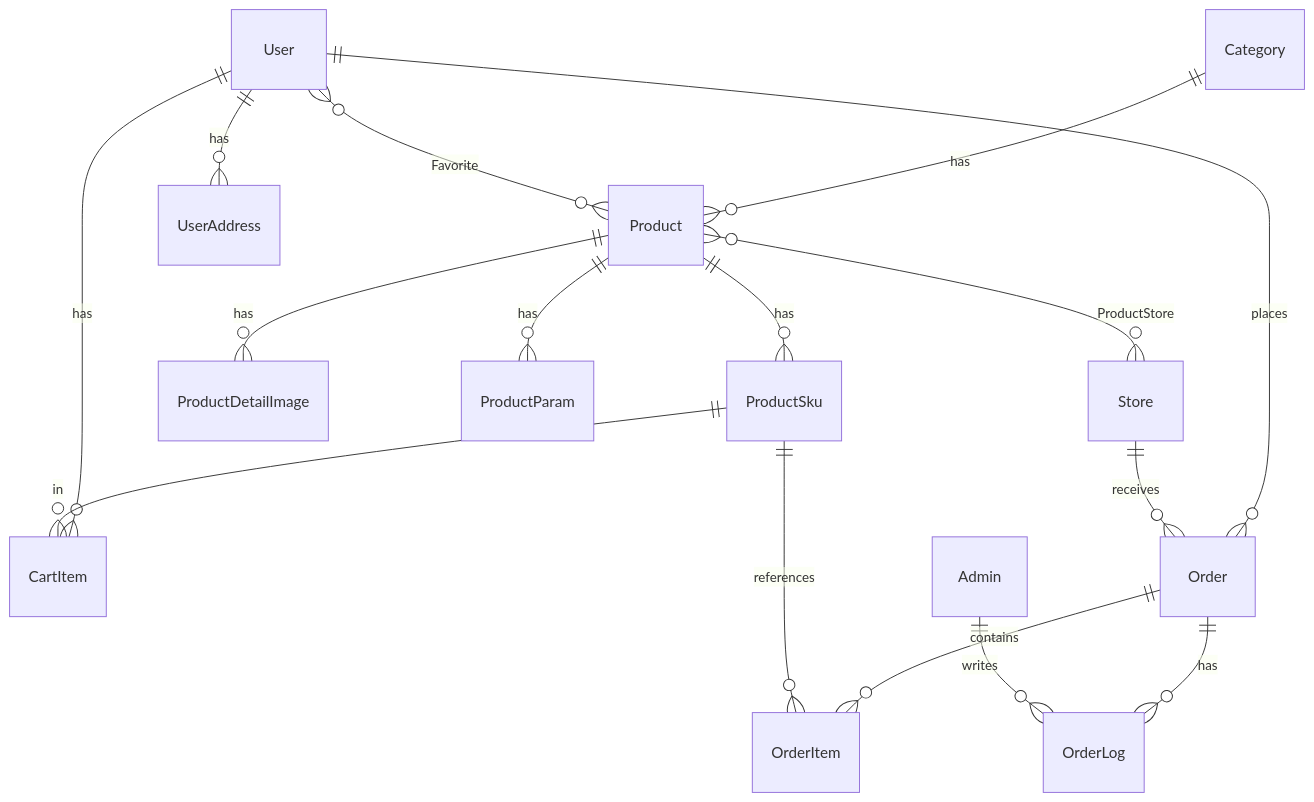
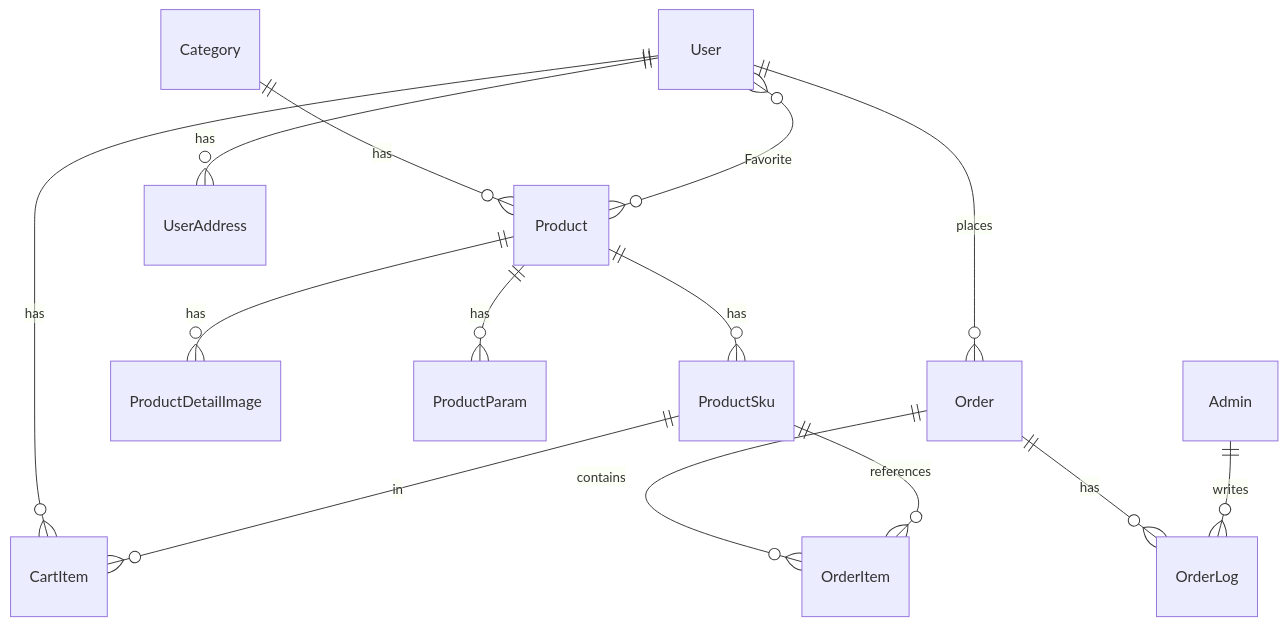
One commit to easy-basics/Mina_App changed the third of 3 diagrams in docs/需求说明.md. Above: the diagram before and after it, drawn with Mermaid. The commit also changed other lines of this file and 38 other files, not shown here.

````diff
--- a/docs/需求说明.md
+++ b/docs/需求说明.md
@@ -346,18 +335,16 @@
 ```mermaid
 erDiagram
   Category ||--o{ Product : has
   Product ||--o{ ProductSku : has
   Product ||--o{ ProductDetailImage : has
   Product ||--o{ ProductParam : has
-  Product }o--o{ Store : ProductStore
   User ||--o{ UserAddress : has
   User ||--o{ CartItem : has
   User ||--o{ Order : places
   User }o--o{ Product : Favorite
-  Store ||--o{ Order : receives
   Order ||--o{ OrderItem : contains
   Order ||--o{ OrderLog : has
   Admin ||--o{ OrderLog : writes
   ProductSku ||--o{ CartItem : in
   ProductSku ||--o{ OrderItem : references
 ```
````
